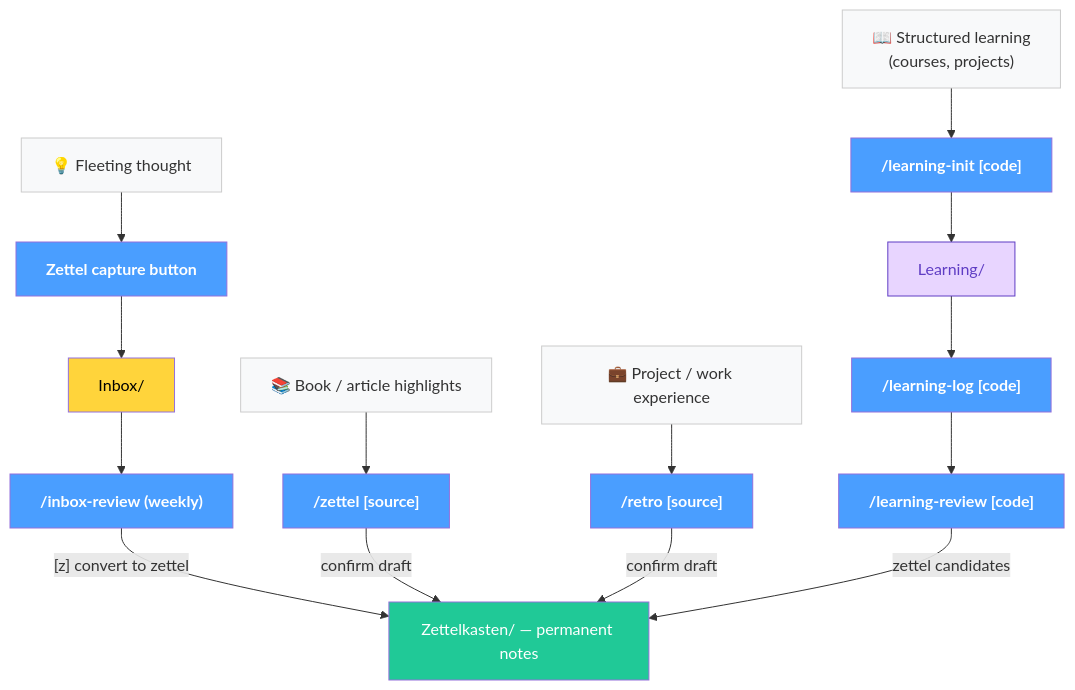
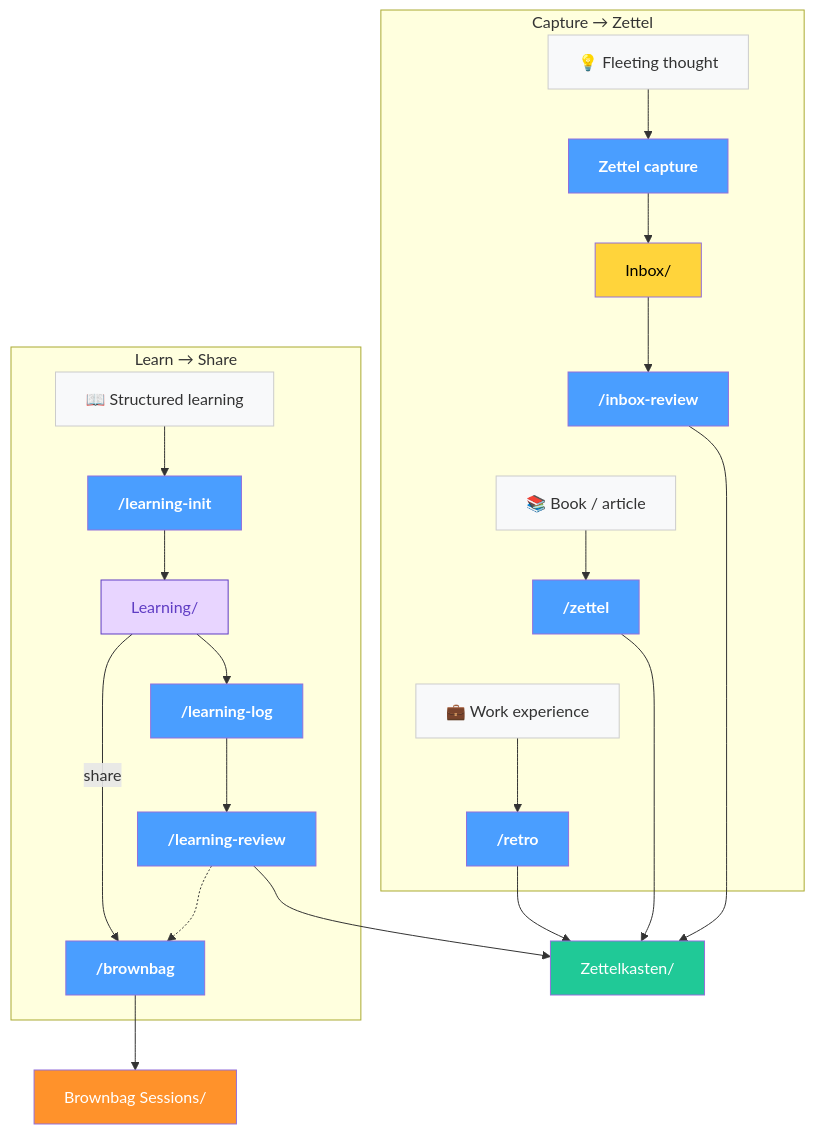
Before and after one commit to yepengfan/obsidian-workflow: the third of 3 diagrams in README.md, drawn with Mermaid. The commit also changed other lines of this file and 4 other files, not shown here.

````diff
--- a/README.md
+++ b/README.md
@@ -131,36 +106,35 @@
 ```mermaid
 flowchart TD
     classDef cmd fill:#4a9eff,color:#fff,font-weight:bold
     classDef store fill:#20c997,color:#fff
     classDef inbox fill:#ffd43b,color:#000
     classDef source fill:#f8f9fa,color:#333,stroke:#ccc
     classDef plan fill:#e8d5ff,color:#5f3dc4,stroke:#5f3dc4
+    classDef output fill:#ff922b,color:#fff
 
-    THOUGHT["💡 Fleeting thought"]:::source
-    BOOK["📚 Book / article highlights"]:::source
-    WORK_EXP["💼 Project / work experience"]:::source
-    COURSE["📖 Structured learning<br/>(courses, projects)"]:::source
+    subgraph capture ["Capture → Zettel"]
+        THOUGHT["💡 Fleeting thought"]:::source
+        THOUGHT --> BTN["Zettel capture"]:::cmd
+        BTN --> INBOX["Inbox/"]:::inbox
+        INBOX --> IR["/inbox-review"]:::cmd
+        IR ~~~ BOOK["📚 Book / article"]:::source
+        BOOK --> ZT["/zettel"]:::cmd
+        ZT ~~~ WORK_EXP["💼 Work experience"]:::source
+        WORK_EXP --> RT["/retro"]:::cmd
+    end
 
-    BTN["Zettel capture button"]:::cmd
-    INBOX["Inbox/"]:::inbox
-    IR["/inbox-review (weekly)"]:::cmd
-    ZT["/zettel [source]"]:::cmd
-    RT["/retro [source]"]:::cmd
-    LI["/learning-init [code]"]:::cmd
-    LL["/learning-log [code]"]:::cmd
-    LR["/learning-review [code]"]:::cmd
+    subgraph learn ["Learn → Share"]
+        COURSE["📖 Structured learning"]:::source --> LI["/learning-init"]:::cmd
+        LI --> PLAN["Learning/"]:::plan
+        PLAN --> LL["/learning-log"]:::cmd
+        LL --> LR["/learning-review"]:::cmd
+        LR -.-> BB["/brownbag"]:::cmd
+    end
 
-    PLAN["Learning/"]:::plan
-    ZK["Zettelkasten/ — permanent notes"]:::store
-
-    THOUGHT --> BTN --> INBOX --> IR
-    BOOK --> ZT
-    WORK_EXP --> RT
-    COURSE --> LI --> PLAN
-    PLAN --> LL --> LR
-
-    IR -->|"[z] convert to zettel"| ZK
-    ZT -->|"confirm draft"| ZK
-    RT -->|"confirm draft"| ZK
-    LR -->|"zettel candidates"| ZK
+    IR --> ZK["Zettelkasten/"]:::store
+    ZT --> ZK
+    RT --> ZK
+    LR --> ZK
+    PLAN -->|share| BB
+    BB --> BBS["Brownbag Sessions/"]:::output
 ```
````
